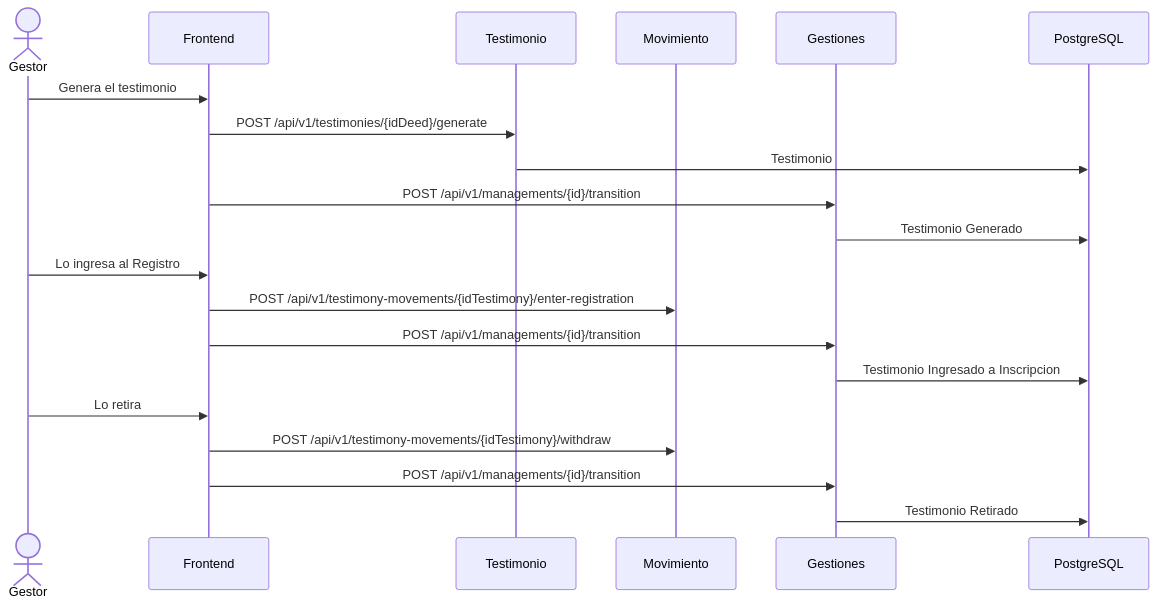
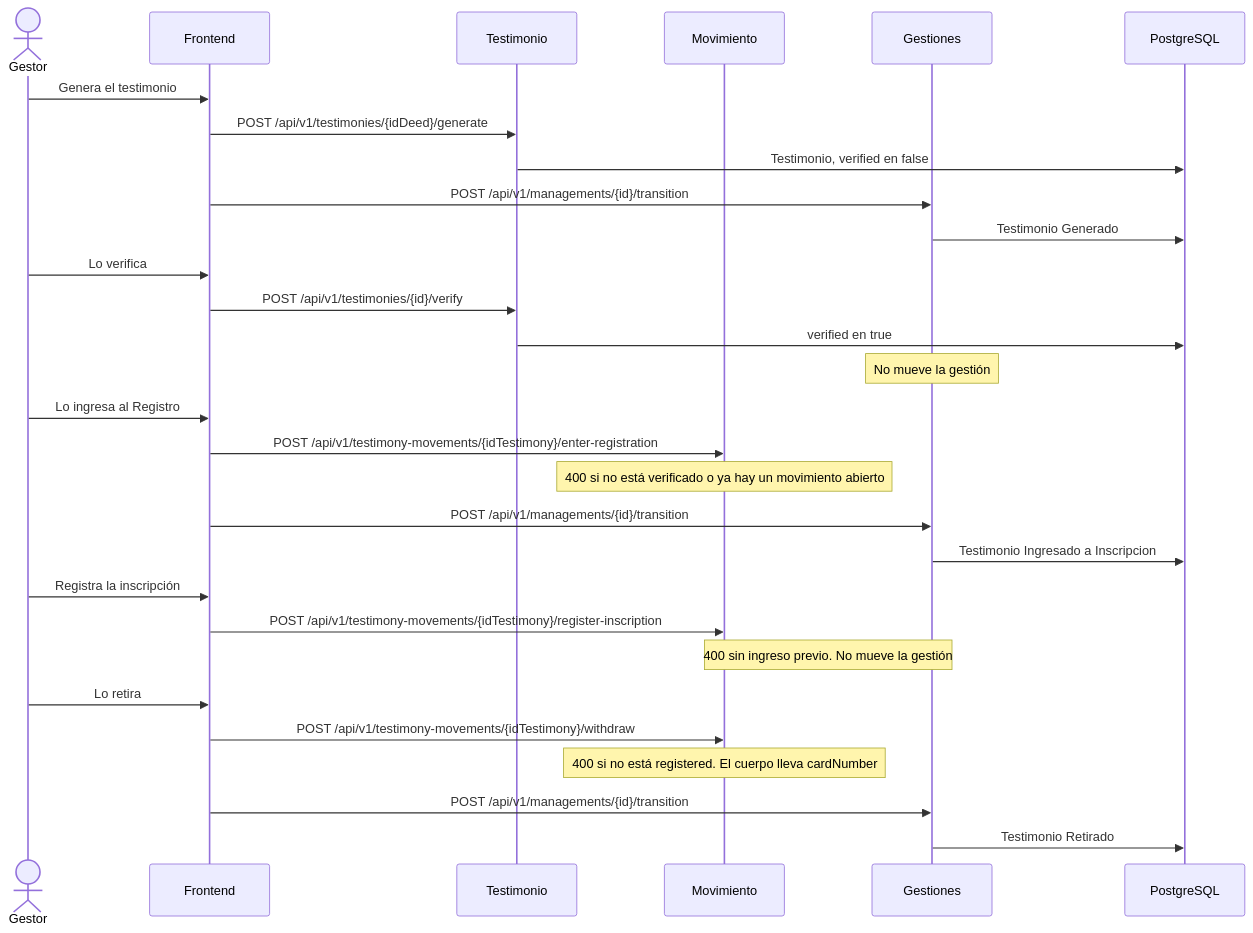
The fifth of 9 diagrams in docs/200-architecture/203-design/GESTION.md (matiaspakua/notaire), drawn with Mermaid before and after one commit. The commit also changed other lines of this file and 12 other files, not shown here.

First line of the commit message:
docs(gestion): add the missing testimony and document sequences (#1508)

````diff
--- a/docs/200-architecture/203-design/GESTION.md
+++ b/docs/200-architecture/203-design/GESTION.md
@@ -153,25 +163,36 @@
 ```mermaid
 sequenceDiagram
   actor Gestor
   participant FE as Frontend
   participant Tes as Testimonio
   participant Mov as Movimiento
   participant Ges as Gestiones
   participant DB as PostgreSQL
 
   Gestor->>FE: Genera el testimonio
   FE->>Tes: POST /api/v1/testimonies/{idDeed}/generate
-  Tes->>DB: Testimonio
+  Tes->>DB: Testimonio, verified en false
   FE->>Ges: POST /api/v1/managements/{id}/transition
   Ges->>DB: Testimonio Generado
 
+  Gestor->>FE: Lo verifica
+  FE->>Tes: POST /api/v1/testimonies/{id}/verify
+  Tes->>DB: verified en true
+  Note over Ges: No mueve la gestión
+
   Gestor->>FE: Lo ingresa al Registro
   FE->>Mov: POST /api/v1/testimony-movements/{idTestimony}/enter-registration
+  Note over Mov: 400 si no está verificado o ya hay un movimiento abierto
   FE->>Ges: POST /api/v1/managements/{id}/transition
   Ges->>DB: Testimonio Ingresado a Inscripcion
 
+  Gestor->>FE: Registra la inscripción
+  FE->>Mov: POST /api/v1/testimony-movements/{idTestimony}/register-inscription
+  Note over Mov,Ges: 400 sin ingreso previo. No mueve la gestión
+
   Gestor->>FE: Lo retira
   FE->>Mov: POST /api/v1/testimony-movements/{idTestimony}/withdraw
+  Note over Mov: 400 si no está registered. El cuerpo lleva cardNumber
   FE->>Ges: POST /api/v1/managements/{id}/transition
   Ges->>DB: Testimonio Retirado
 ```
````
